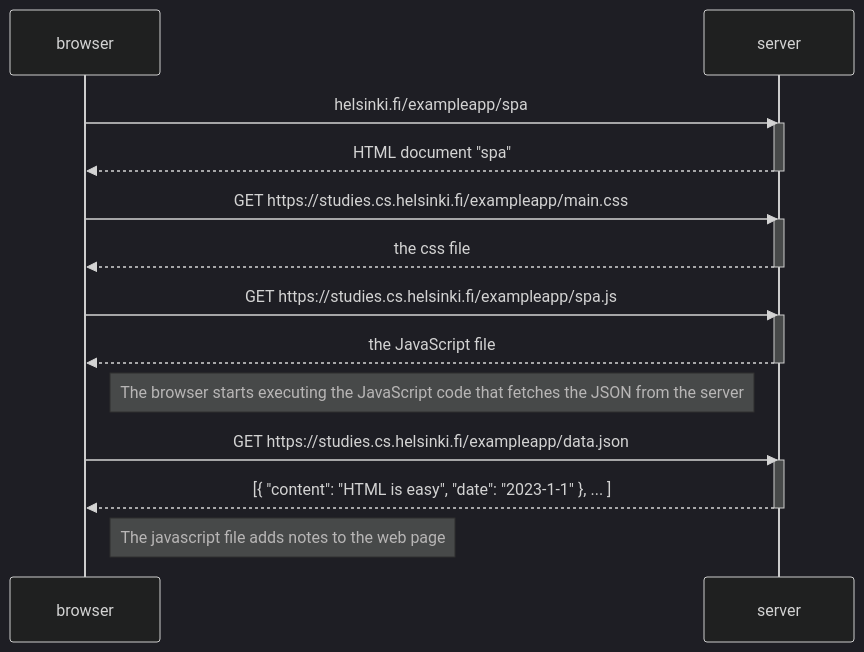
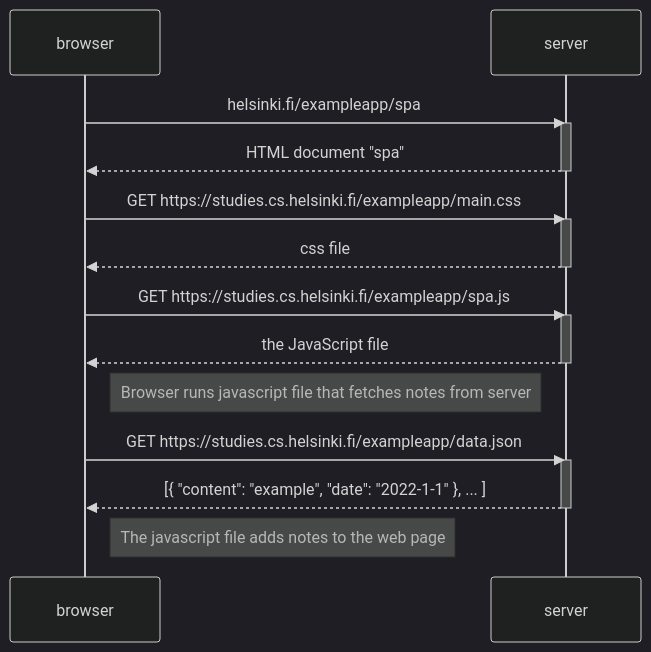
The diagram in osa0/05.md (veetioskari/fullstack-course), drawn with Mermaid (dark theme) before and after one commit. The commit also changed 1 other file, not shown here.

Commit message:
osa0 assigmments

````diff
--- a/osa0/05.md
+++ b/osa0/05.md
@@ -1,29 +1,29 @@
 ```mermaid
 sequenceDiagram
     participant browser
     participant server
 
     browser->>server: helsinki.fi/exampleapp/spa
     activate server
     server-->>browser: HTML document "spa"
     deactivate server
     
     browser->>server: GET https://studies.cs.helsinki.fi/exampleapp/main.css
     activate server
-    server-->>browser: the css file
+    server-->>browser: css file
     deactivate server
     
     browser->>server: GET https://studies.cs.helsinki.fi/exampleapp/spa.js
     activate server
     server-->>browser: the JavaScript file
     deactivate server
     
-    Note right of browser: The browser starts executing the JavaScript code that fetches the JSON from the server
+    Note right of browser: Browser runs javascript file that fetches notes from server
     
     browser->>server: GET https://studies.cs.helsinki.fi/exampleapp/data.json
     activate server
-    server-->>browser: [{ "content": "HTML is easy", "date": "2023-1-1" }, ... ]
+    server-->>browser: [{ "content": "example", "date": "2022-1-1" }, ... ]
     deactivate server    
 
     Note right of browser: The javascript file adds notes to the web page
 ```
````
